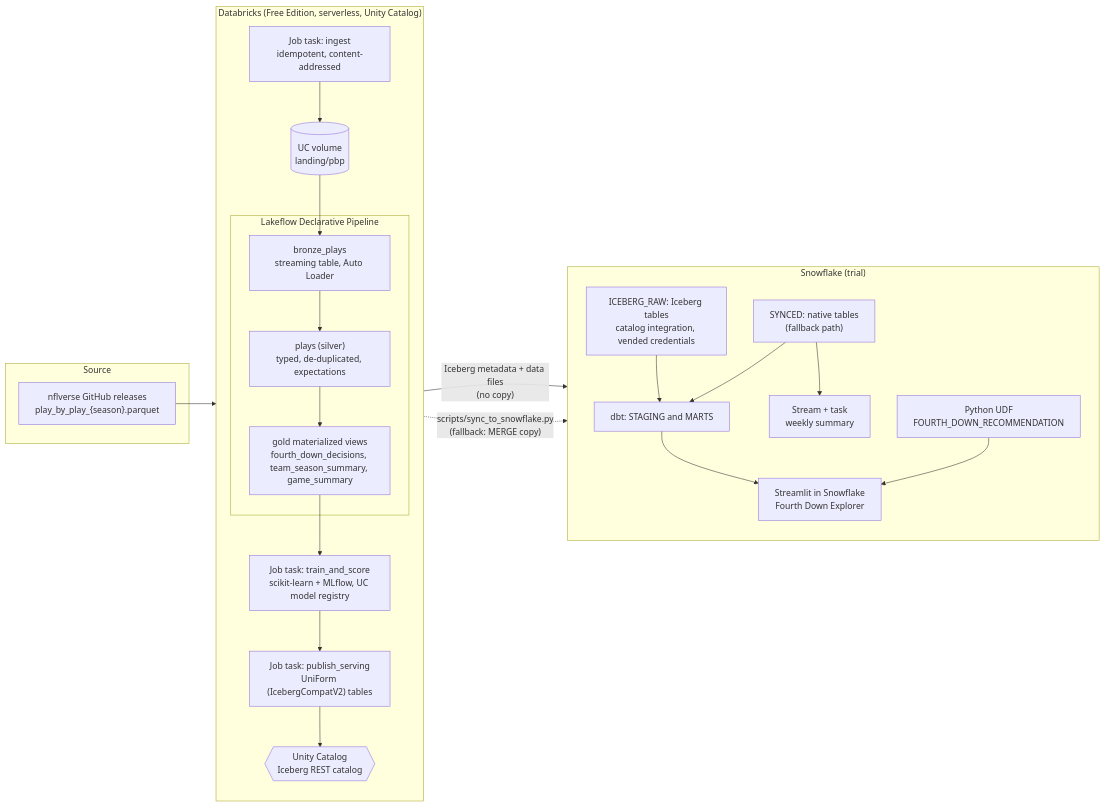
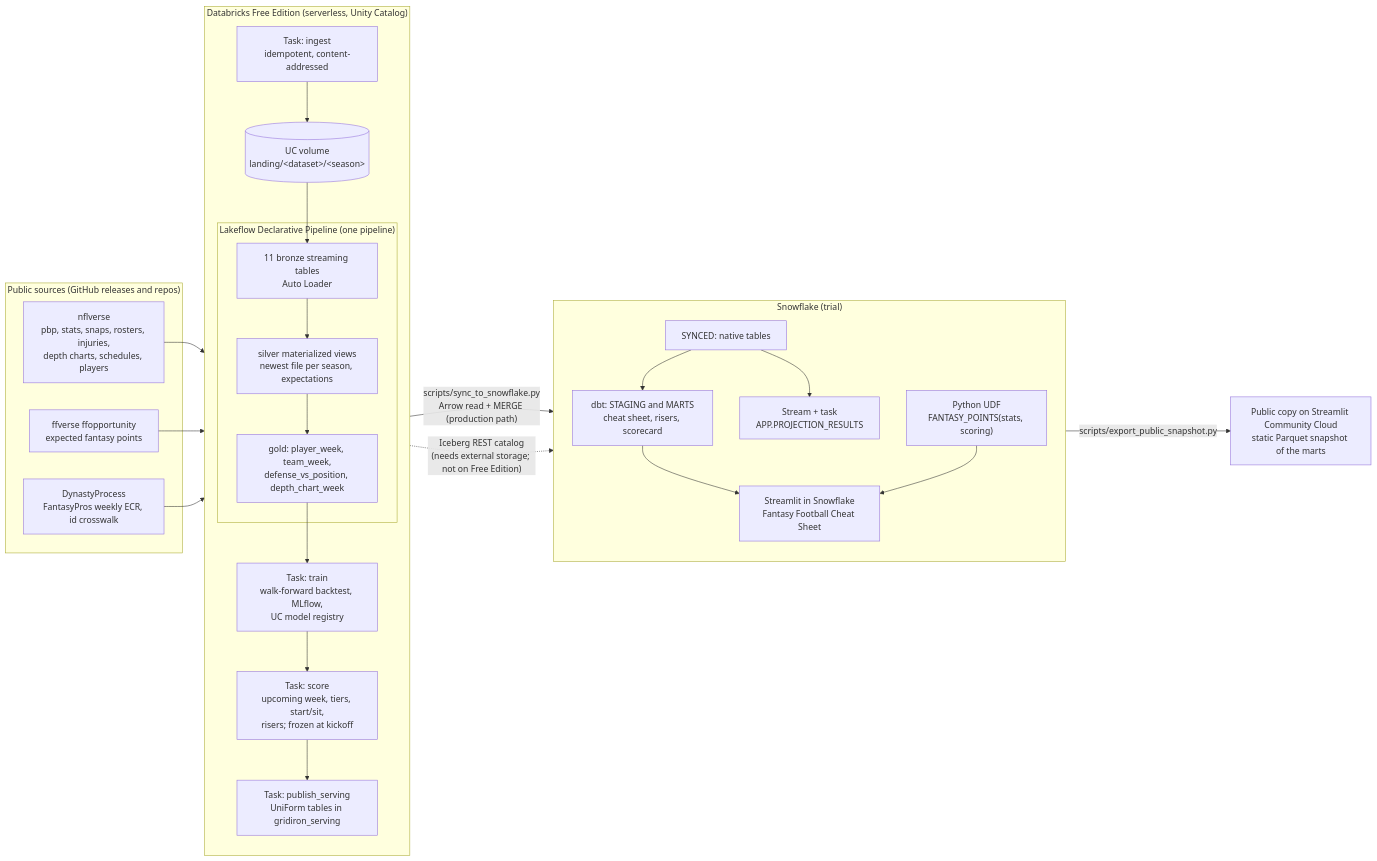
Before and after one commit to RettWilson22/gridiron-lakehouse: the diagram in README.md, drawn with Mermaid. The commit also changed other lines of this file, not shown here.

````diff
--- a/README.md
+++ b/README.md
@@ -30,40 +39,44 @@
 ```mermaid
 flowchart LR
-    subgraph Source
-        NV["nflverse GitHub releases<br/>play_by_play_{season}.parquet"]
+    subgraph Sources["Public sources (GitHub releases and repos)"]
+        NV["nflverse<br/>pbp, stats, snaps, rosters, injuries,<br/>depth charts, schedules, players"]
+        FF["ffverse ffopportunity<br/>expected fantasy points"]
+        DP["DynastyProcess<br/>FantasyPros weekly ECR, id crosswalk"]
     end
 
-    subgraph Databricks["Databricks (Free Edition, serverless, Unity Catalog)"]
+    subgraph Databricks["Databricks Free Edition (serverless, Unity Catalog)"]
         direction TB
-        ING["Job task: ingest<br/>idempotent, content-addressed"]
-        VOL[("UC volume<br/>landing/pbp")]
-        subgraph LDP["Lakeflow Declarative Pipeline"]
-            BR["bronze_plays<br/>streaming table, Auto Loader"]
-            SI["plays (silver)<br/>typed, de-duplicated, expectations"]
-            GO["gold materialized views<br/>fourth_down_decisions, team_season_summary, game_summary"]
+        ING["Task: ingest<br/>idempotent, content-addressed"]
+        VOL[("UC volume<br/>landing/&lt;dataset&gt;/&lt;season&gt;")]
+        subgraph LDP["Lakeflow Declarative Pipeline (one pipeline)"]
+            BR["11 bronze streaming tables<br/>Auto Loader"]
+            SI["silver materialized views<br/>newest file per season, expectations"]
+            GO["gold: player_week, team_week,<br/>defense_vs_position, depth_chart_week"]
         end
-        ML["Job task: train_and_score<br/>scikit-learn + MLflow, UC model registry"]
-        PUB["Job task: publish_serving<br/>UniForm (IcebergCompatV2) tables"]
-        IRC{{"Unity Catalog<br/>Iceberg REST catalog"}}
-        ING --> VOL --> BR --> SI --> GO --> ML --> PUB --> IRC
+        TR["Task: train<br/>walk-forward backtest, MLflow,<br/>UC model registry"]
+        SC["Task: score<br/>upcoming week, tiers, start/sit,<br/>risers; frozen at kickoff"]
+        PUB["Task: publish_serving<br/>UniForm tables in gridiron_serving"]
+        ING --> VOL --> BR --> SI --> GO --> TR --> SC --> PUB
     end
 
     subgraph Snowflake["Snowflake (trial)"]
         direction TB
-        ICE["ICEBERG_RAW: Iceberg tables<br/>catalog integration, vended credentials"]
-        SYN["SYNCED: native tables<br/>(fallback path)"]
-        DBT["dbt: STAGING and MARTS"]
-        ST["Stream + task<br/>weekly summary"]
-        UDF["Python UDF<br/>FOURTH_DOWN_RECOMMENDATION"]
-        APP["Streamlit in Snowflake<br/>Fourth Down Explorer"]
-        ICE --> DBT
-        SYN --> DBT
-        SYN --> ST
-        DBT --> APP
+        SYN["SYNCED: native tables"]
+        DBT["dbt: STAGING and MARTS<br/>cheat sheet, risers, scorecard"]
+        UDF["Python UDF<br/>FANTASY_POINTS(stats, scoring)"]
+        TASK["Stream + task<br/>APP.PROJECTION_RESULTS"]
+        APP["Streamlit in Snowflake<br/>Fantasy Football Cheat Sheet"]
+        SYN --> DBT --> APP
+        SYN --> TASK
         UDF --> APP
     end
 
+    PUBLIC["Public copy on Streamlit Community Cloud<br/>static Parquet snapshot of the marts"]
+
     NV --> ING
-    IRC -- "Iceberg metadata + data files<br/>(no copy)" --> ICE
-    PUB -. "scripts/sync_to_snowflake.py<br/>(fallback: MERGE copy)" .-> SYN
+    FF --> ING
+    DP --> ING
+    PUB -- "scripts/sync_to_snowflake.py<br/>Arrow read + MERGE (production path)" --> SYN
+    PUB -. "Iceberg REST catalog<br/>(needs external storage; not on Free Edition)" .-> SYN
+    DBT -- "scripts/export_public_snapshot.py" --> PUBLIC
 ```
````
